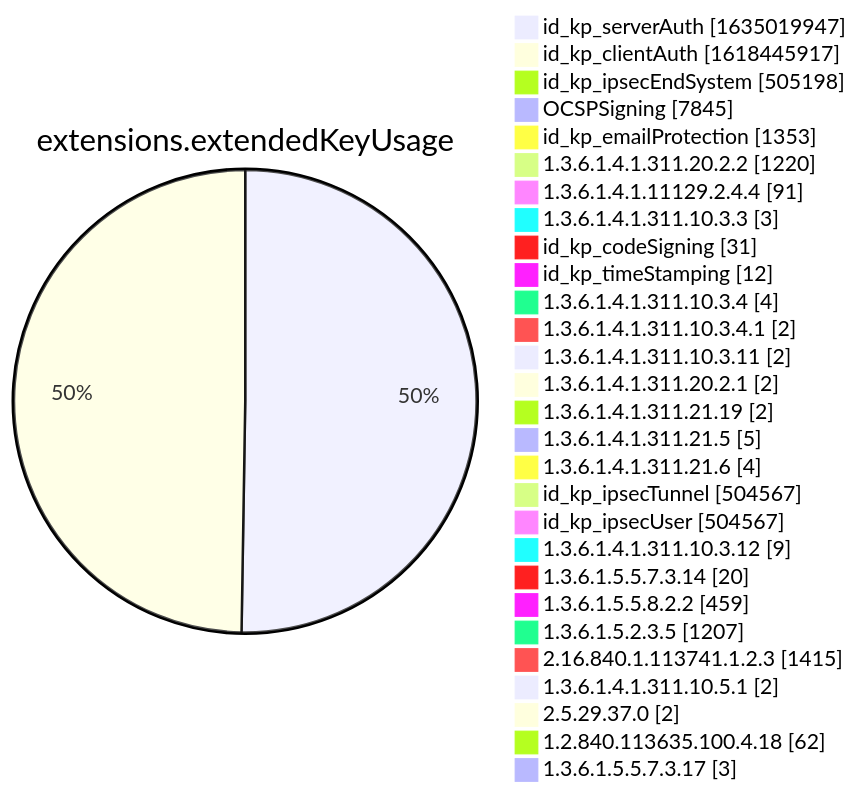
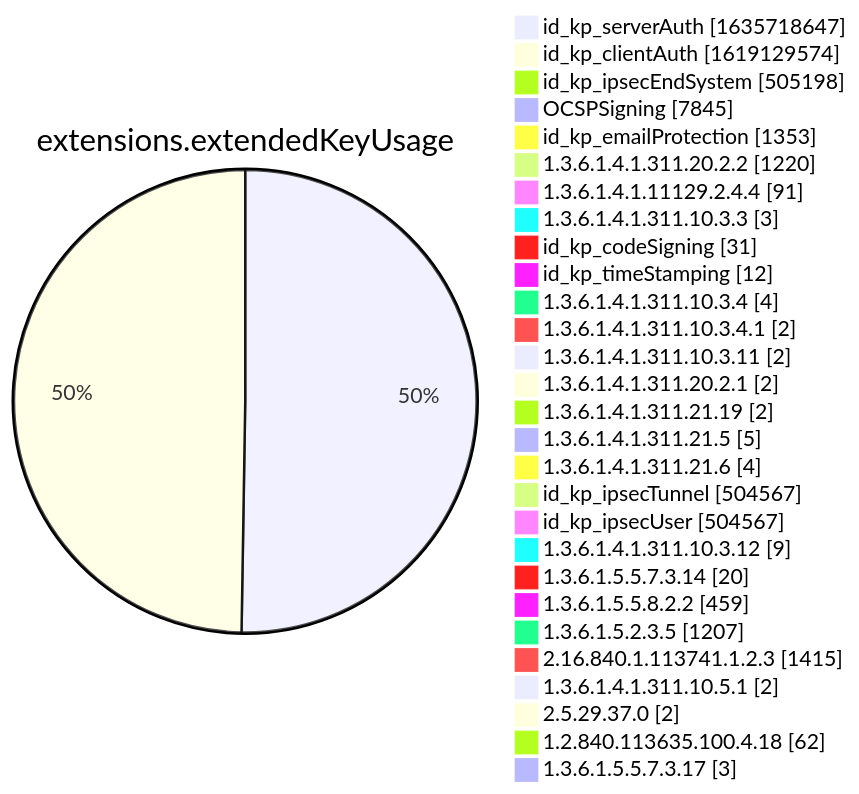
Diagram 12 of 15 in xenon2022/README.md (christiankrug/ctmonitor_visualization), drawn with Mermaid before and after one commit. The commit also changed other lines of this file, not shown here.

````diff
--- a/xenon2022/README.md
+++ b/xenon2022/README.md
@@ -3886,32 +3886,32 @@
 ```mermaid
 pie showData
 title extensions.extendedKeyUsage
-"id_kp_serverAuth" :1635019947
-"id_kp_clientAuth" :1618445917
+"id_kp_serverAuth" :1635718647
+"id_kp_clientAuth" :1619129574
 "id_kp_ipsecEndSystem" :505198
 "OCSPSigning" :7845
 "id_kp_emailProtection" :1353
 "1.3.6.1.4.1.311.20.2.2" :1220
 "1.3.6.1.4.1.11129.2.4.4" :91
 "1.3.6.1.4.1.311.10.3.3" :3
 "id_kp_codeSigning" :31
 "id_kp_timeStamping" :12
 "1.3.6.1.4.1.311.10.3.4" :4
 "1.3.6.1.4.1.311.10.3.4.1" :2
 "1.3.6.1.4.1.311.10.3.11" :2
 "1.3.6.1.4.1.311.20.2.1" :2
 "1.3.6.1.4.1.311.21.19" :2
 "1.3.6.1.4.1.311.21.5" :5
 "1.3.6.1.4.1.311.21.6" :4
 "id_kp_ipsecTunnel" :504567
 "id_kp_ipsecUser" :504567
 "1.3.6.1.4.1.311.10.3.12" :9
 "1.3.6.1.5.5.7.3.14" :20
 "1.3.6.1.5.5.8.2.2" :459
 "1.3.6.1.5.2.3.5" :1207
 "2.16.840.1.113741.1.2.3" :1415
 "1.3.6.1.4.1.311.10.5.1" :2
 "2.5.29.37.0" :2
 "1.2.840.113635.100.4.18" :62
 "1.3.6.1.5.5.7.3.17" :3
 ```
````
